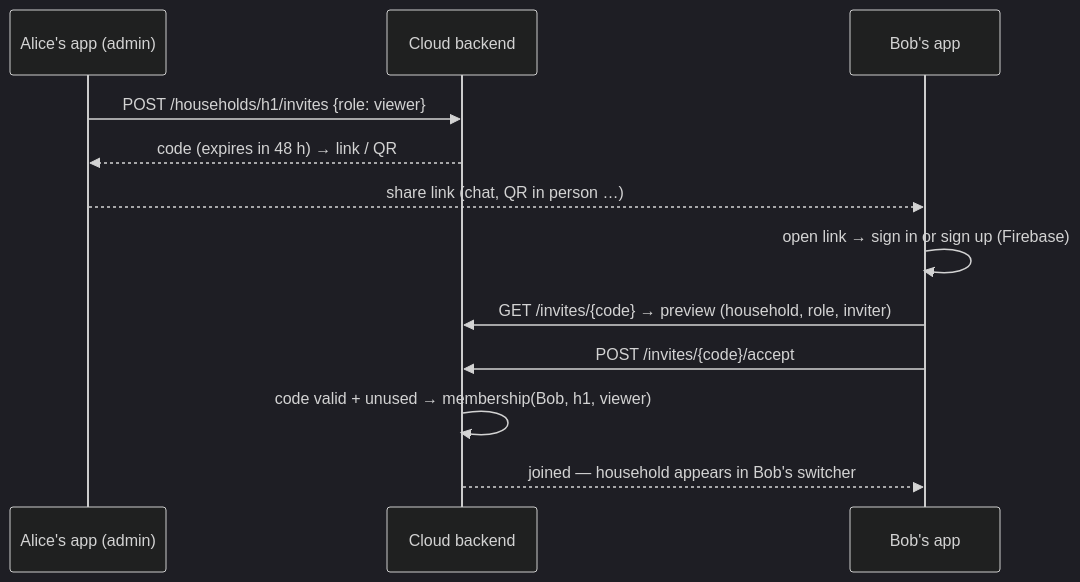
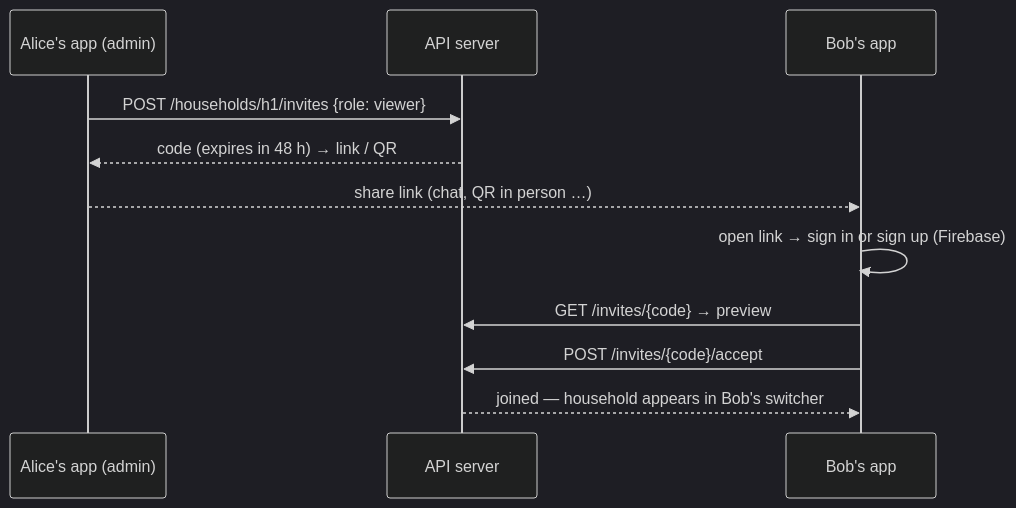
The fourth of 13 diagrams in PROJECT.md (Hansom17/MoistureController), drawn with Mermaid (dark theme) before and after one commit. The commit also changed other lines of this file and 86 other files, not shown here.

First line of the commit message:
Switch plans to gateway + central API (v2) and remove obsolete v1 code

````diff
--- a/PROJECT.md
+++ b/PROJECT.md
@@ -170,15 +169,14 @@
 ```mermaid
 sequenceDiagram
     participant A as Alice's app (admin)
-    participant API as Cloud backend
+    participant API as API server
     participant B as Bob's app
 
     A->>API: POST /households/h1/invites {role: viewer}
     API-->>A: code (expires in 48 h) → link / QR
     A-->>B: share link (chat, QR in person …)
     B->>B: open link → sign in or sign up (Firebase)
-    B->>API: GET /invites/{code} → preview (household, role, inviter)
+    B->>API: GET /invites/{code} → preview
     B->>API: POST /invites/{code}/accept
-    API->>API: code valid + unused → membership(Bob, h1, viewer)
     API-->>B: joined — household appears in Bob's switcher
 ```
````
